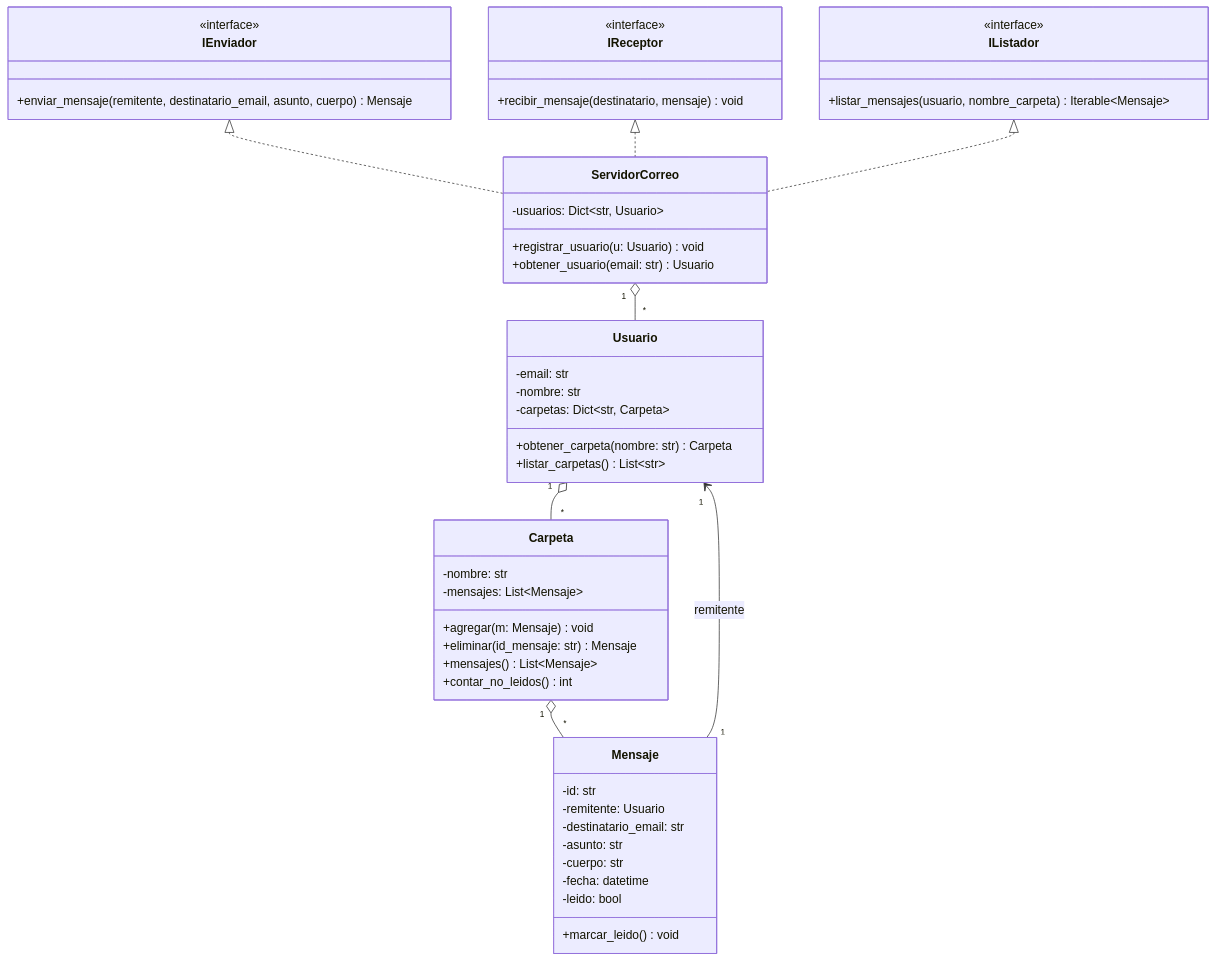
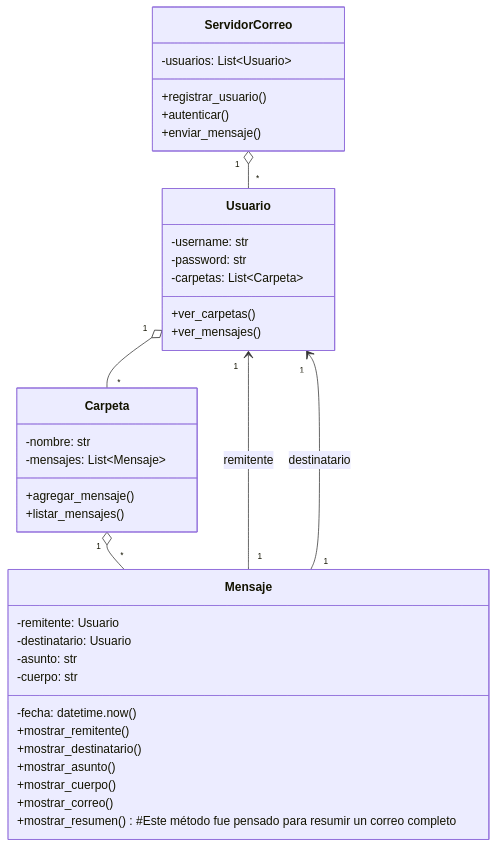
One commit to Python-UNAB/TP-ServicioDeCorreo changed the diagram in readme.md. Above: the diagram before and after it, drawn with Mermaid. The commit also changed other lines of this file and 1 other file, not shown here.

Commit message:
update
-Implementación de menú por consola
-Implementación de las clases principales
-Encapsulamiento de atributos y metodos
-Edición del Readme

````diff
--- a/readme.md
+++ b/readme.md
@@ -14,62 +15,46 @@
 ```mermaid
 classDiagram
-		direction TB
+    direction TB
 
-		class IEnviador {
-			<<interface>>
-			+enviar_mensaje(remitente, destinatario_email, asunto, cuerpo) Mensaje
-		}
+    class ServidorCorreo {
+        -usuarios: List~Usuario~
+        +registrar_usuario()
+        +autenticar()
+        +enviar_mensaje()
+    }
 
-		class IReceptor {
-			<<interface>>
-			+recibir_mensaje(destinatario, mensaje) void
-		}
+    class Usuario {
+        -username: str
+        -password: str
+        -carpetas: List~Carpeta~
+        +ver_carpetas()
+        +ver_mensajes()
+    }
 
-		class IListador {
-			<<interface>>
-			+listar_mensajes(usuario, nombre_carpeta) Iterable~Mensaje~
-		}
+    class Carpeta {
+        -nombre: str
+        -mensajes: List~Mensaje~
+        +agregar_mensaje()
+        +listar_mensajes()
+    }
 
-		class Mensaje {
-			-id: str
-			-remitente: Usuario
-			-destinatario_email: str
-			-asunto: str
-			-cuerpo: str
-			-fecha: datetime
-			-leido: bool
-			+marcar_leido() void
-		}
+    class Mensaje {
+        -remitente: Usuario
+        -destinatario: Usuario
+        -asunto: str
+        -cuerpo: str
+		-fecha: datetime.now()
+        +mostrar_remitente()
+		+mostrar_destinatario()
+		+mostrar_asunto()
+		+mostrar_cuerpo()
+		+mostrar_correo()
+		+mostrar_resumen() #Este método fue pensado para resumir un correo completo
+    }
 
-		class Carpeta {
-			-nombre: str
-			-mensajes: List~Mensaje~
-			+agregar(m: Mensaje) void
-			+eliminar(id_mensaje: str) Mensaje
-			+mensajes() List~Mensaje~
-			+contar_no_leidos() int
-		}
-
-		class Usuario {
-			-email: str
-			-nombre: str
-			-carpetas: Dict~str, Carpeta~
-			+obtener_carpeta(nombre: str) Carpeta
-			+listar_carpetas() List~str~
-		}
-
-		class ServidorCorreo {
-			-usuarios: Dict~str, Usuario~
-			+registrar_usuario(u: Usuario) void
-			+obtener_usuario(email: str) Usuario
-		}
-
-		IEnviador <|.. ServidorCorreo
-		IReceptor <|.. ServidorCorreo
-		IListador <|.. ServidorCorreo
-
-		Usuario "1" o-- "*" Carpeta
-		Carpeta "1" o-- "*" Mensaje
-		Mensaje "1" --> "1" Usuario : remitente
-		ServidorCorreo "1" o-- "*" Usuario
+    ServidorCorreo "1" o-- "*" Usuario
+    Usuario "1" o-- "*" Carpeta
+    Carpeta "1" o-- "*" Mensaje
+    Mensaje "1" --> "1" Usuario : remitente
+    Mensaje "1" --> "1" Usuario : destinatario
 ```
````
